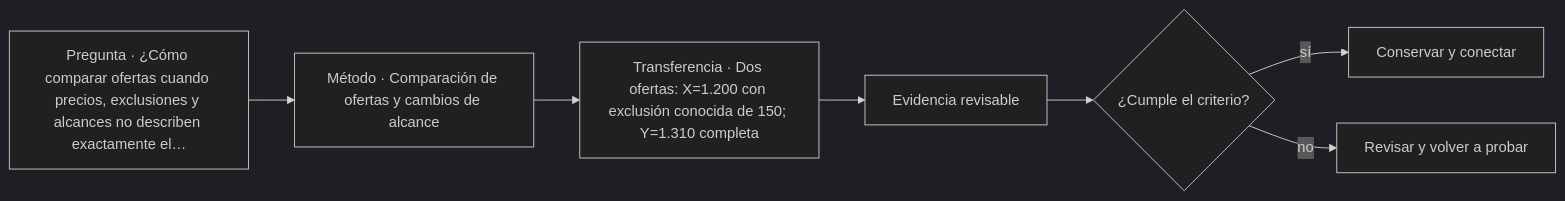
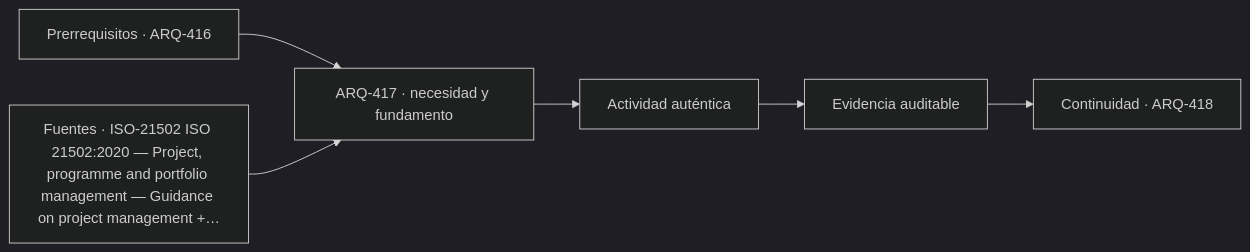
One commit to vladimiracunadev-create/architecture-built-environment-learning-program changed the diagram in classes/parte-42/ARQ-417.md. Above: the diagram before and after it, drawn with Mermaid (dark theme). The commit also changed other lines of this file and 761 other files, not shown here.

````diff
--- a/classes/parte-42/ARQ-417.md
+++ b/classes/parte-42/ARQ-417.md
@@ -75,9 +87,8 @@
 ```mermaid
 flowchart LR
-    Q["Pregunta · ¿Cómo comparar ofertas cuando precios, exclusiones y alcances no describen exactamente el…"] --> M["Método · Comparación de ofertas y cambios de alcance"]
-    M --> P["Transferencia · Dos ofertas: X=1.200 con exclusión conocida de 150; Y=1.310 completa"]
-    P --> E["Evidencia revisable"]
-    E --> C{"¿Cumple el criterio?"}
-    C -->|sí| T["Conservar y conectar"]
-    C -->|no| R["Revisar y volver a probar"]
+    A["Prerrequisitos · ARQ-416"] --> B["ARQ-417 · necesidad y fundamento"]
+    S["Fuentes · ISO-21502 ISO 21502:2020 — Project, programme and portfolio management — Guidance on project management +…"] --> B
+    B --> C["Actividad auténtica"]
+    C --> D["Evidencia auditable"]
+    D --> E["Continuidad · ARQ-418"]
 ```
````
